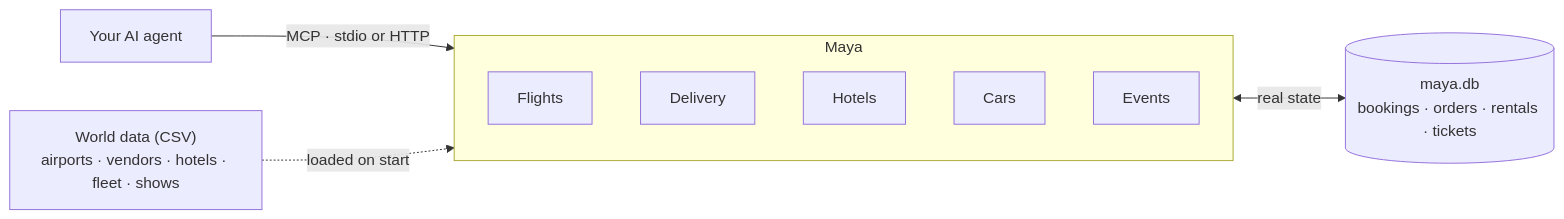
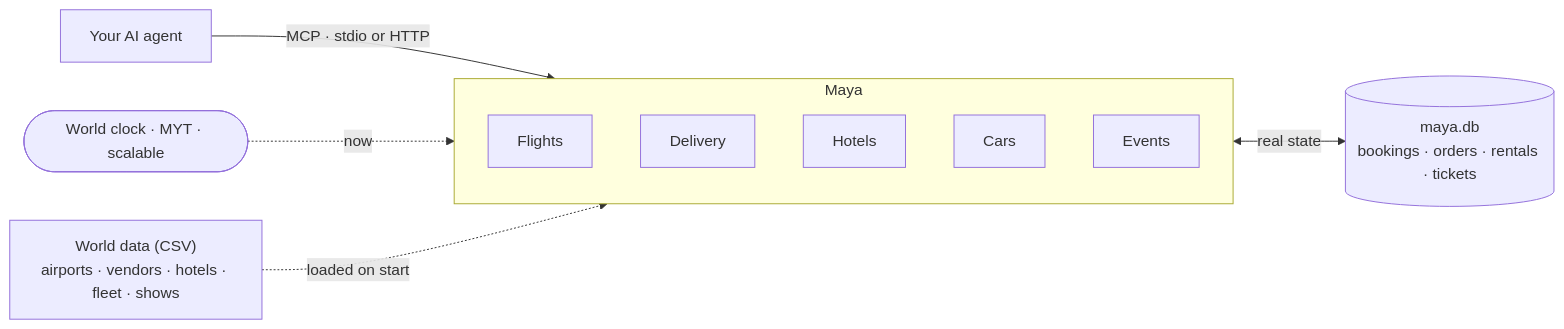
One commit to shvinn/maya changed the diagram in README.md. Above: the diagram before and after it, drawn with Mermaid. The commit also changed other lines of this file and 24 other files, not shown here.

First line of the commit message:
Add Maya's world clock: its own time zone, scalable against real time (#9)

````diff
--- a/README.md
+++ b/README.md
@@ -40,15 +40,17 @@
 ```mermaid
 flowchart LR
     agent["Your AI agent"] -->|"MCP · stdio or HTTP"| maya
 
     subgraph maya["Maya"]
         flights["Flights"]
         delivery["Delivery"]
         hotels["Hotels"]
         cars["Cars"]
         events["Events"]
     end
 
+    clock(["World clock · MYT · scalable"]) -.->|"now"| maya
+
     csv["World data (CSV)<br/>airports · vendors · hotels · fleet · shows"] -.->|"loaded on start"| maya
     maya <-->|"real state"| db[("maya.db<br/>bookings · orders · rentals · tickets")]
 ```
````
